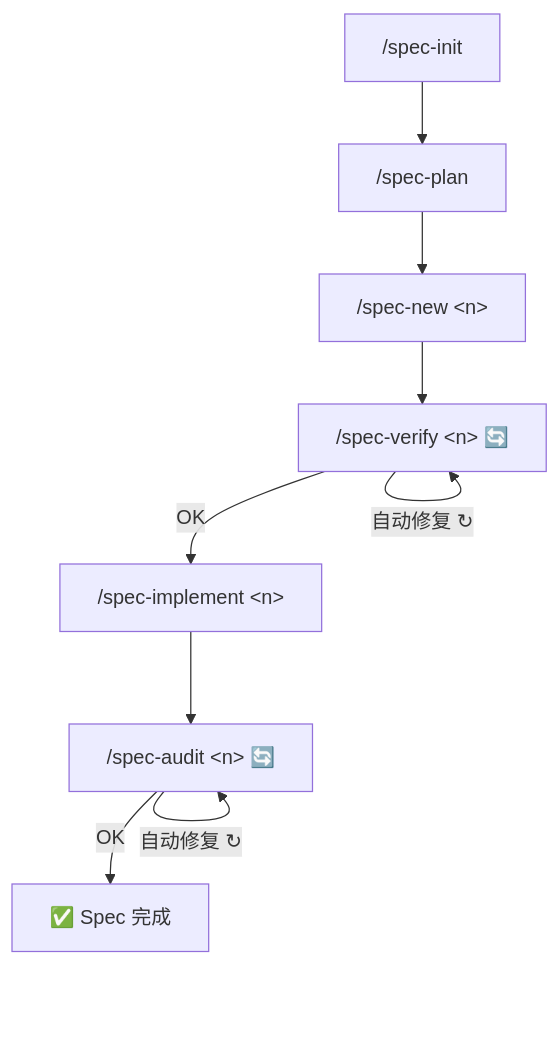
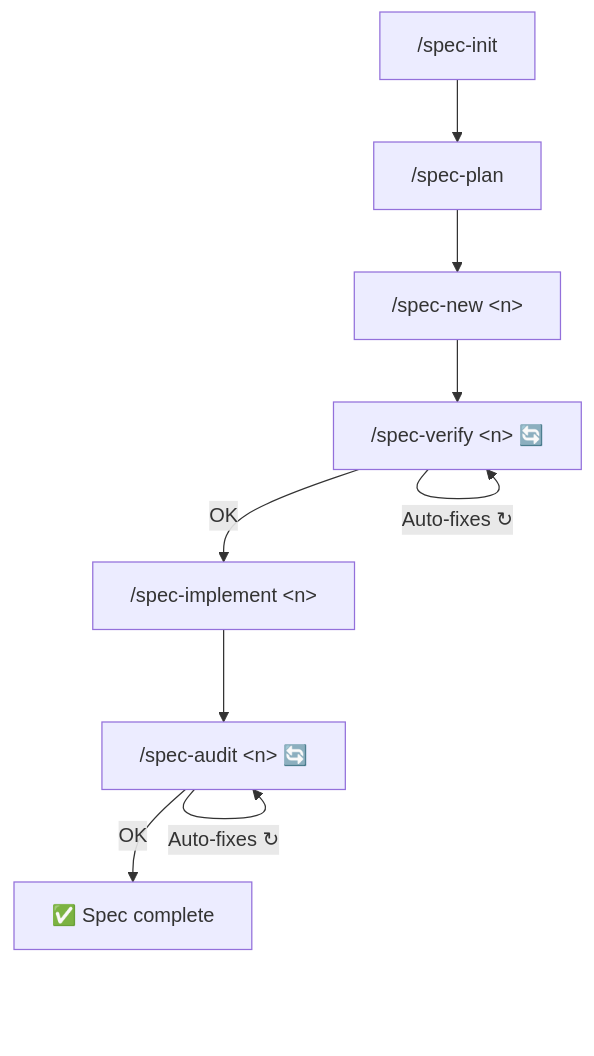
One commit to andrelncampos/dscode-public changed the third of 3 diagrams in docs/i18n/README.zh-Hans.md. Above: the diagram before and after it, drawn with Mermaid. The commit also changed other lines of this file and 4 other files, not shown here.

````diff
--- a/docs/i18n/README.zh-Hans.md
+++ b/docs/i18n/README.zh-Hans.md
@@ -439,11 +398,11 @@
 ```mermaid
 flowchart TD
     INIT["/spec-init"] --> PLAN["/spec-plan"]
     PLAN --> NEW["/spec-new &lt;n&gt;"]
     NEW --> VERIFY["/spec-verify &lt;n&gt; 🔄"]
     VERIFY -->|OK| IMPL["/spec-implement &lt;n&gt;"]
-    VERIFY -->|"自动修复 ↻"| VERIFY
+    VERIFY -->|"Auto-fixes ↻"| VERIFY
     IMPL --> AUDIT["/spec-audit &lt;n&gt; 🔄"]
-    AUDIT -->|OK| DONE[✅ Spec 完成]
-    AUDIT -->|"自动修复 ↻"| AUDIT
+    AUDIT -->|OK| DONE[✅ Spec complete]
+    AUDIT -->|"Auto-fixes ↻"| AUDIT
 ```
````
